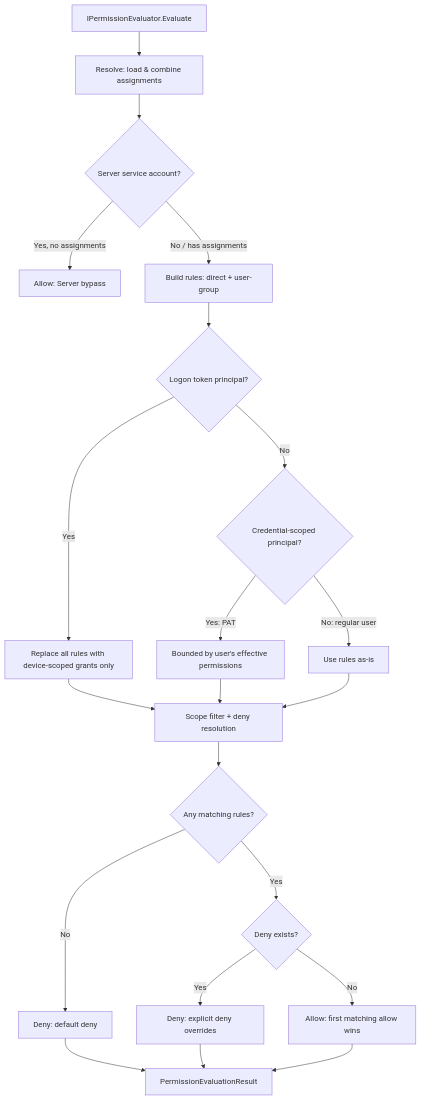
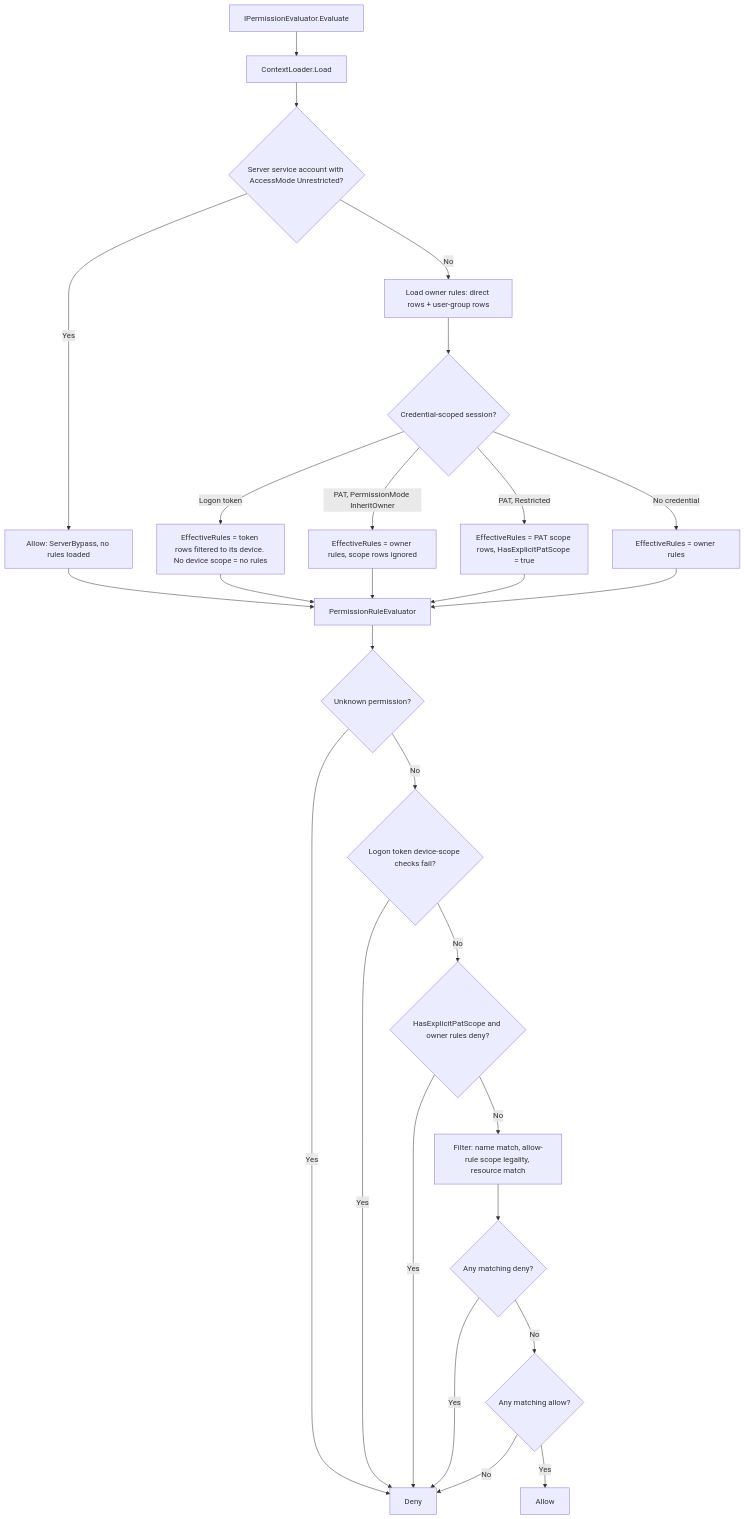
Before and after one commit to bitbound/controlr-docs: the diagram in docs/permission-system.md, drawn with Mermaid. The commit also changed other lines of this file and 52 other files, not shown here.

````diff
--- a/docs/permission-system.md
+++ b/docs/permission-system.md
@@ -119,29 +134,32 @@
 ```mermaid
 flowchart TD
-    A[IPermissionEvaluator.Evaluate] --> B[Resolve: load & combine assignments]
-    B --> C{Server service account?}
-    C -->|Yes, no assignments| D[Allow: Server bypass]
-    C -->|No / has assignments| E[Build rules: direct + user-group]
-    
-    E --> F{Logon token principal?}
-    F -->|Yes| G[Replace all rules with device-scoped grants only]
-    F -->|No| H{Credential-scoped principal?}
-    
-    H -->|Yes: PAT| I[Bounded by user's effective permissions]
-    H -->|No: regular user| J[Use rules as-is]
-    
-    G --> K[Scope filter + deny resolution]
+    A[IPermissionEvaluator.Evaluate] --> B[ContextLoader.Load]
+    B --> C{Server service account with AccessMode Unrestricted?}
+    C -->|Yes| D[Allow: ServerBypass, no rules loaded]
+    C -->|No| E[Load owner rules: direct rows + user-group rows]
+
+    E --> F{Credential-scoped session?}
+    F -->|Logon token| G[EffectiveRules = token rows filtered to its device. No device scope = no rules]
+    F -->|PAT, PermissionMode InheritOwner| H[EffectiveRules = owner rules, scope rows ignored]
+    F -->|PAT, Restricted| I[EffectiveRules = PAT scope rows, HasExplicitPatScope = true]
+    F -->|No credential| J[EffectiveRules = owner rules]
+
+    D --> K[PermissionRuleEvaluator]
+    G --> K
+    H --> K
     I --> K
     J --> K
-    
-    K --> L{Any matching rules?}
-    L -->|No| M[Deny: default deny]
-    L -->|Yes| N{Deny exists?}
-    
-    N -->|Yes| O[Deny: explicit deny overrides]
-    N -->|No| P[Allow: first matching allow wins]
-    
-    O --> Z[PermissionEvaluationResult]
-    M --> Z
-    P --> Z
+
+    K --> L{Unknown permission?}
+    L -->|Yes| M[Deny]
+    L -->|No| N{Logon token device-scope checks fail?}
+    N -->|Yes| M
+    N -->|No| O{HasExplicitPatScope and owner rules deny?}
+    O -->|Yes| M
+    O -->|No| P[Filter: name match, allow-rule scope legality, resource match]
+    P --> Q{Any matching deny?}
+    Q -->|Yes| M
+    Q -->|No| R{Any matching allow?}
+    R -->|Yes| S[Allow]
+    R -->|No| M
 ```
````
